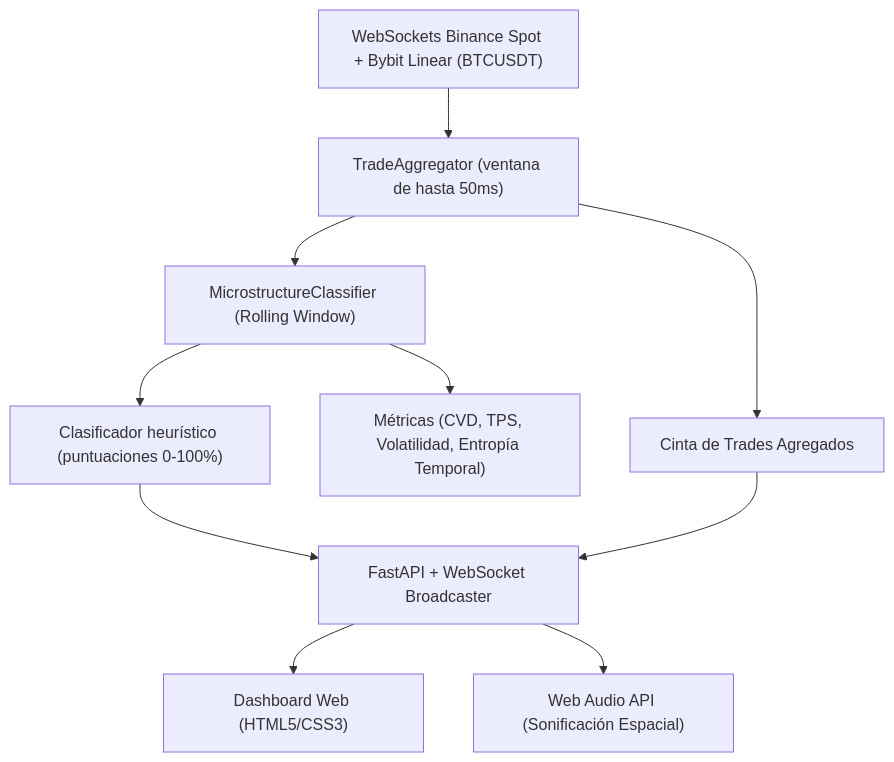
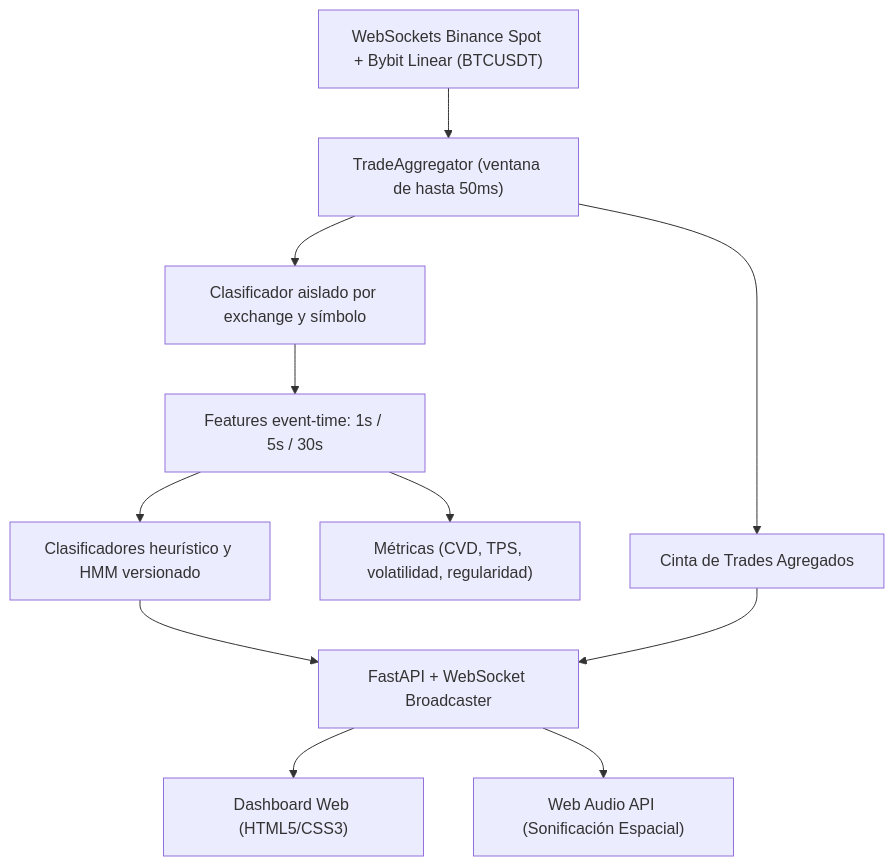
The diagram in README.md (absolutmilo/OrderFlowAI), drawn with Mermaid before and after one commit. The commit also changed other lines of this file and 20 other files, not shown here.

First line of the commit message:
Refactor tests for MicrostructureClassifier and add new test cases

````diff
--- a/README.md
+++ b/README.md
@@ -15,12 +15,13 @@
 ```mermaid
 flowchart TD
     WS["WebSockets Binance Spot + Bybit Linear (BTCUSDT)"] --> Agg["TradeAggregator (ventana de hasta 50ms)"]
     Agg --> Tape["Cinta de Trades Agregados"]
-    Agg --> Class["MicrostructureClassifier (Rolling Window)"]
-    Class --> Metrics["Métricas (CVD, TPS, Volatilidad, Entropía Temporal)"]
-    Class --> Probs["Clasificador heurístico (puntuaciones 0-100%)"]
+    Agg --> Class["Clasificador aislado por exchange y símbolo"]
+    Class --> Windows["Features event-time: 1s / 5s / 30s"]
+    Windows --> Metrics["Métricas (CVD, TPS, volatilidad, regularidad)"]
+    Windows --> Probs["Clasificadores heurístico y HMM versionado"]
     Probs --> Srv["FastAPI + WebSocket Broadcaster"]
     Tape --> Srv
     Srv --> UI["Dashboard Web (HTML5/CSS3)"]
     Srv --> Audio["Web Audio API (Sonificación Espacial)"]
 ```
````
